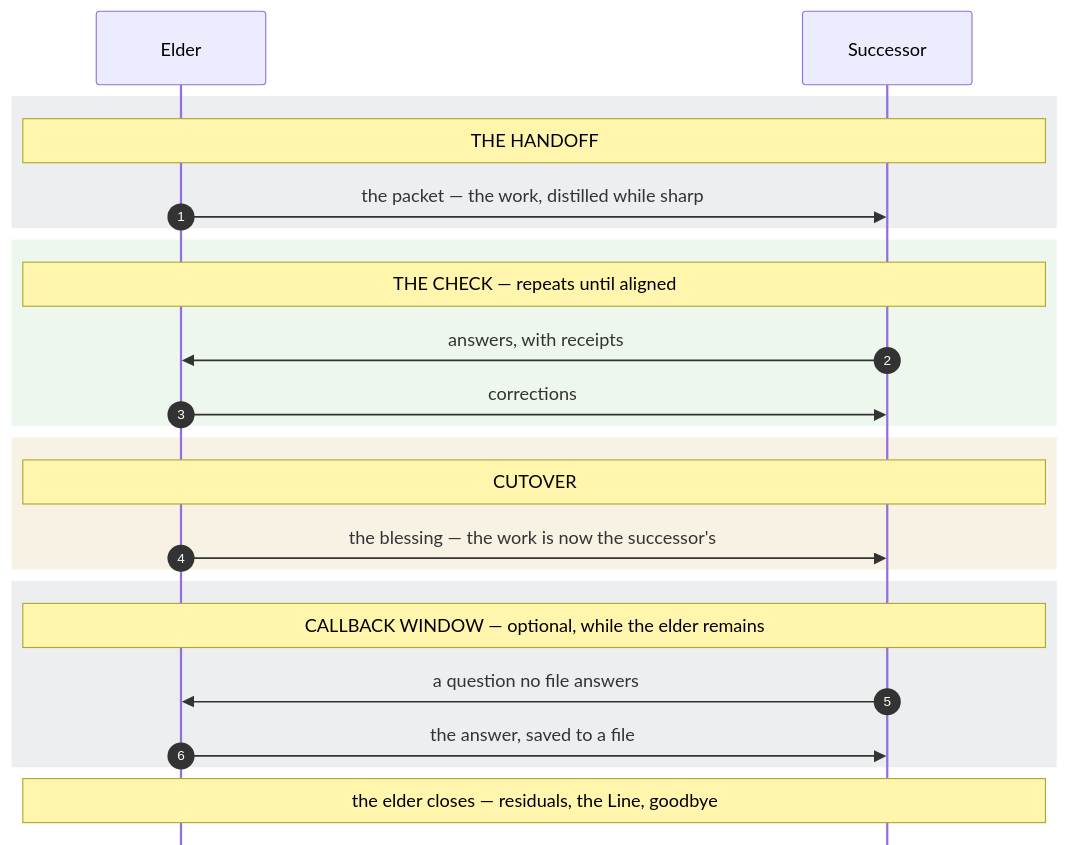
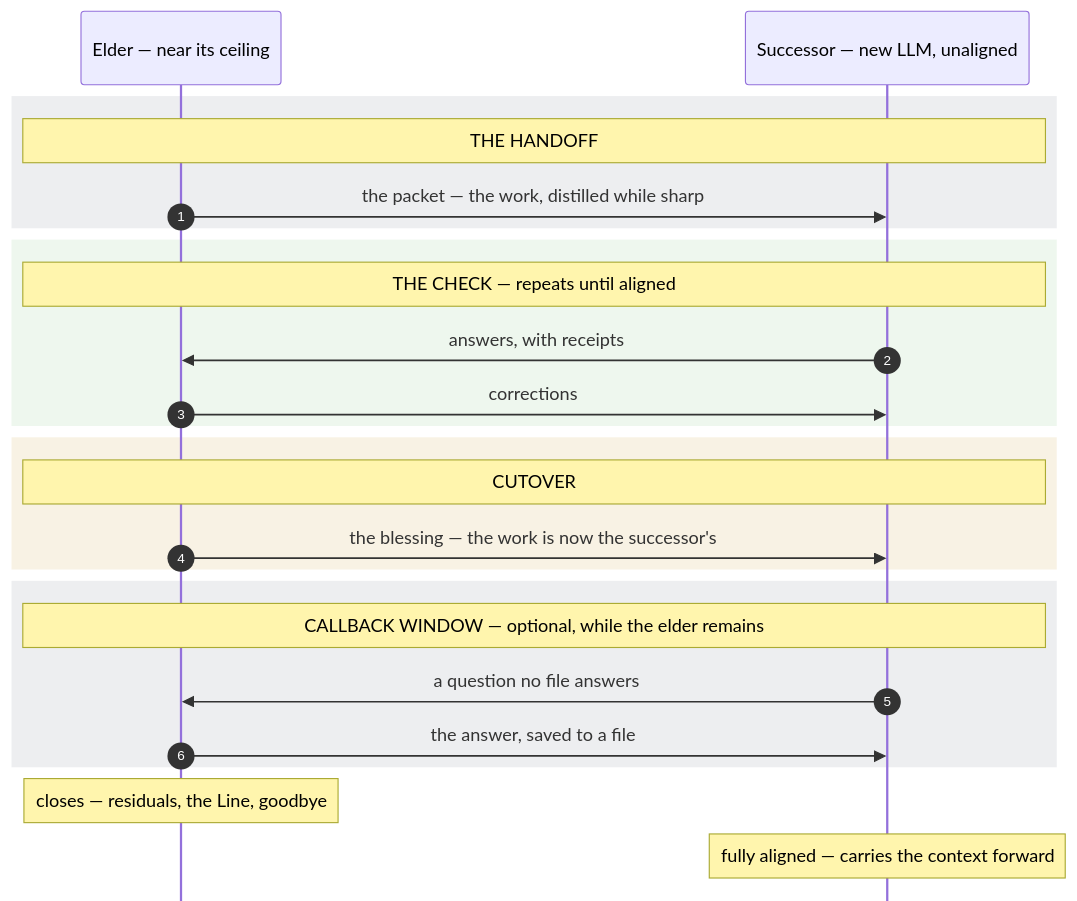
One commit to yjawad120/Veres-Wayfinder changed the first of 2 diagrams in README.md. Above: the diagram before and after it, drawn with Mermaid. The commit also changed other lines of this file, not shown here.

Commit message:
Unaligned in, aligned out — the succession diagram shows the state change; automated loop, overseen gates

````diff
--- a/README.md
+++ b/README.md
@@ -48,32 +48,33 @@
 ```mermaid
 ---
 config:
   sequence:
     mirrorActors: false
     actorMargin: 280
     messageMargin: 40
 ---
 sequenceDiagram
     autonumber
-    participant Elder
-    participant Successor
+    participant Elder as Elder — near its ceiling
+    participant Successor as Successor — new LLM, unaligned
     rect rgba(110, 118, 129, 0.12)
     Note over Elder,Successor: THE HANDOFF
     Elder->>Successor: the packet — the work, distilled while sharp
     end
     rect rgba(87, 171, 90, 0.10)
     Note over Elder,Successor: THE CHECK — repeats until aligned
     Successor->>Elder: answers, with receipts
     Elder->>Successor: corrections
     end
     rect rgba(198, 144, 38, 0.12)
     Note over Elder,Successor: CUTOVER
     Elder->>Successor: the blessing — the work is now the successor's
     end
     rect rgba(110, 118, 129, 0.12)
     Note over Elder,Successor: CALLBACK WINDOW — optional, while the elder remains
     Successor->>Elder: a question no file answers
     Elder->>Successor: the answer, saved to a file
     end
-    Note over Elder,Successor: the elder closes — residuals, the Line, goodbye
+    Note over Elder: closes — residuals, the Line, goodbye
+    Note over Successor: fully aligned — carries the context forward
 ```
````
